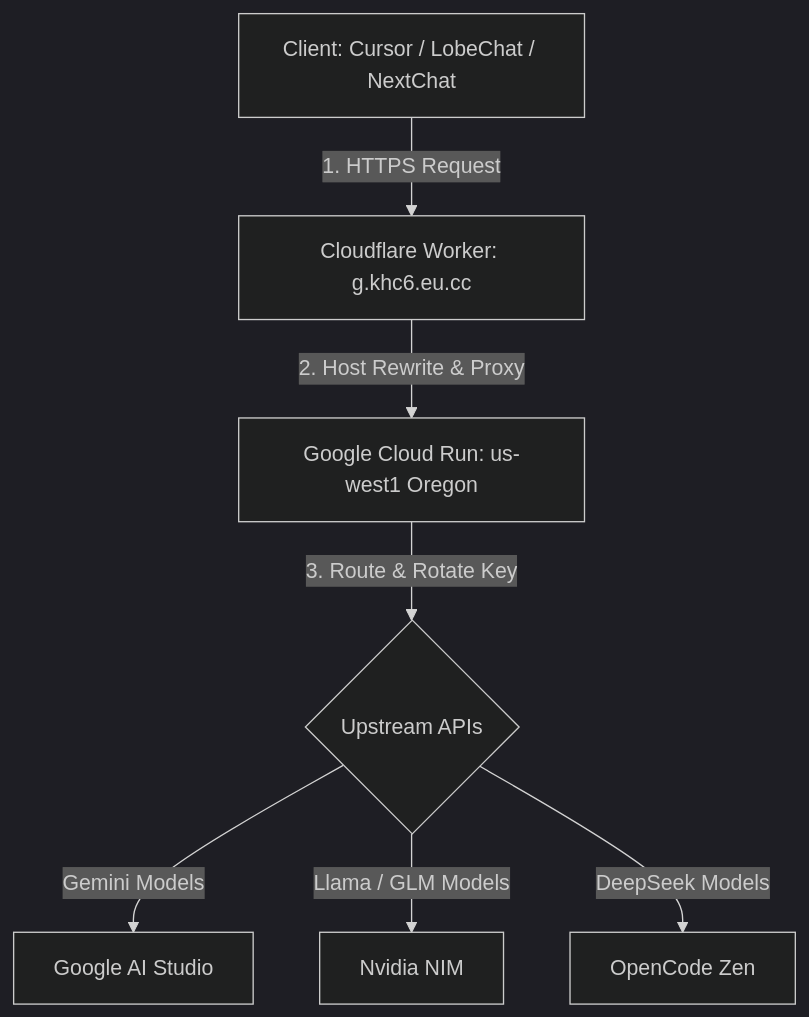
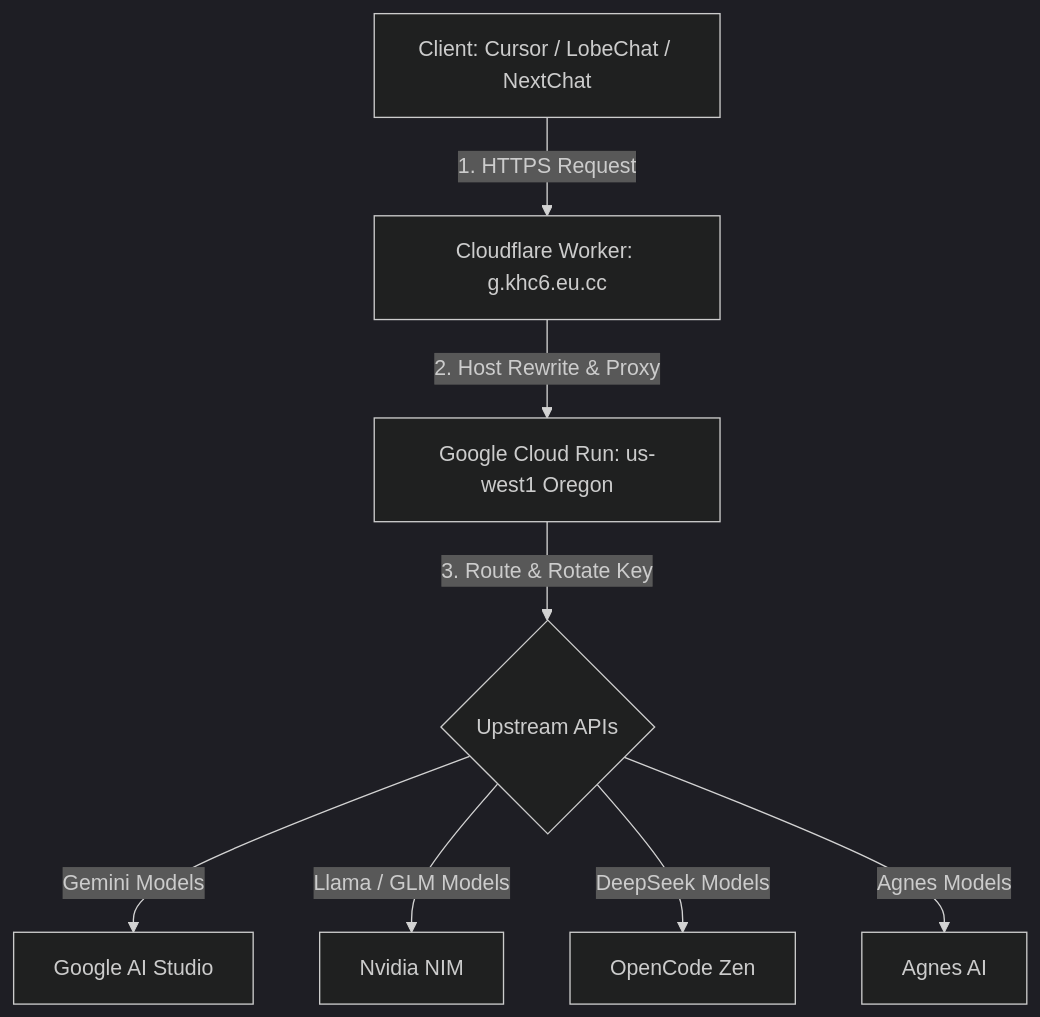
Before and after one commit to khc8655/freellmapi: the diagram in README.md, drawn with Mermaid (dark theme). The commit also changed other lines of this file and 2 other files, not shown here.

Commit message:
feat: integrate agnes-2.0-flash model provider with key rotation and document sync

````diff
--- a/README.md
+++ b/README.md
@@ -11,10 +11,11 @@
 ```mermaid
 graph TD
     Client[Client: Cursor / LobeChat / NextChat] 
     -->|1. HTTPS Request| CF[Cloudflare Worker: g.khc6.eu.cc]
     CF -->|2. Host Rewrite & Proxy| GCR[Google Cloud Run: us-west1 Oregon]
     GCR -->|3. Route & Rotate Key| Upstream{Upstream APIs}
     Upstream -->|Gemini Models| Google[Google AI Studio]
     Upstream -->|Llama / GLM Models| Nvidia[Nvidia NIM]
     Upstream -->|DeepSeek Models| OpenCode[OpenCode Zen]
+    Upstream -->|Agnes Models| Agnes[Agnes AI]
 ```
````
